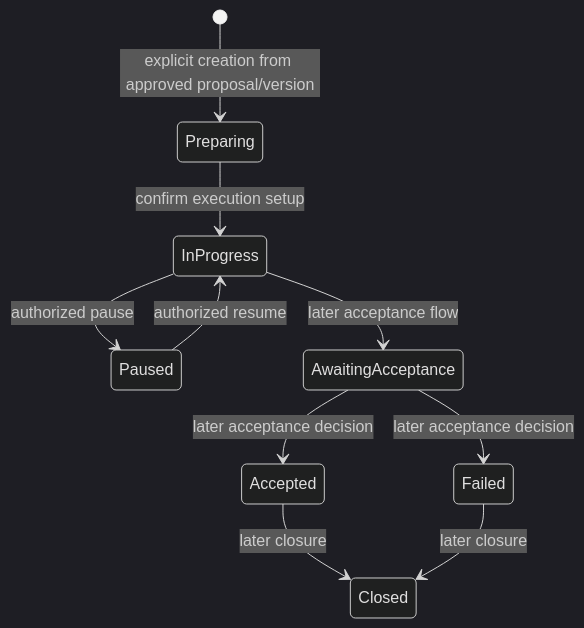
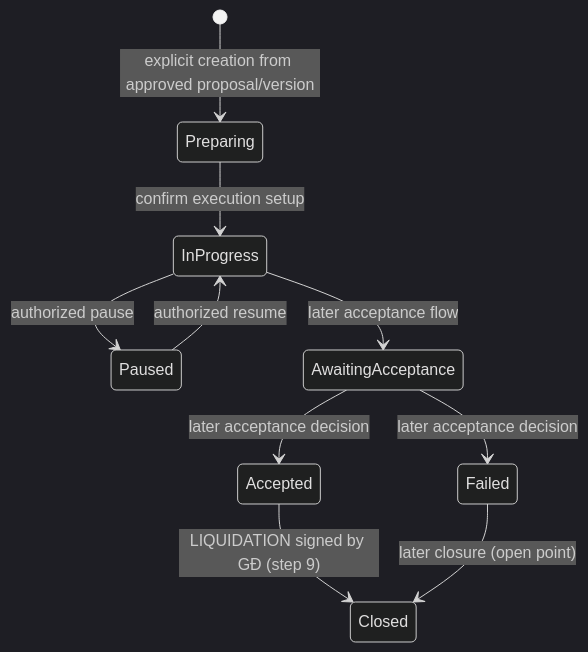
One commit to thanhdotien278/DocManS changed the second of 7 diagrams in _bmad-output/architecture.md. Above: the diagram before and after it, drawn with Mermaid (dark theme). The commit also changed other lines of this file and 6 other files, not shown here.

````diff
--- a/_bmad-output/architecture.md
+++ b/_bmad-output/architecture.md
@@ -882,12 +882,12 @@
 ```mermaid
 stateDiagram-v2
     [*] --> Preparing: explicit creation from approved proposal/version
     Preparing --> InProgress: confirm execution setup
     InProgress --> Paused: authorized pause
     Paused --> InProgress: authorized resume
     InProgress --> AwaitingAcceptance: later acceptance flow
     AwaitingAcceptance --> Accepted: later acceptance decision
     AwaitingAcceptance --> Failed: later acceptance decision
-    Accepted --> Closed: later closure
-    Failed --> Closed: later closure
+    Accepted --> Closed: LIQUIDATION signed by GĐ (step 9)
+    Failed --> Closed: later closure (open point)
 ```
````
